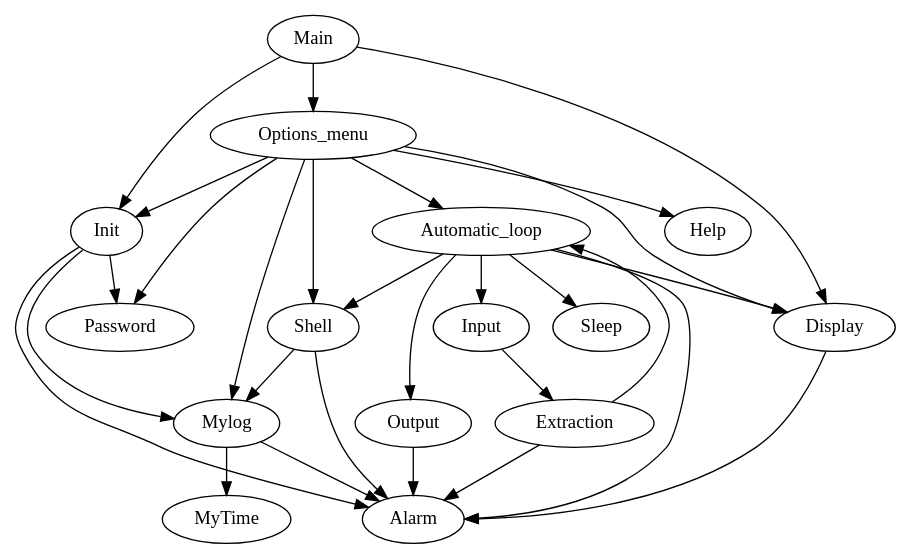
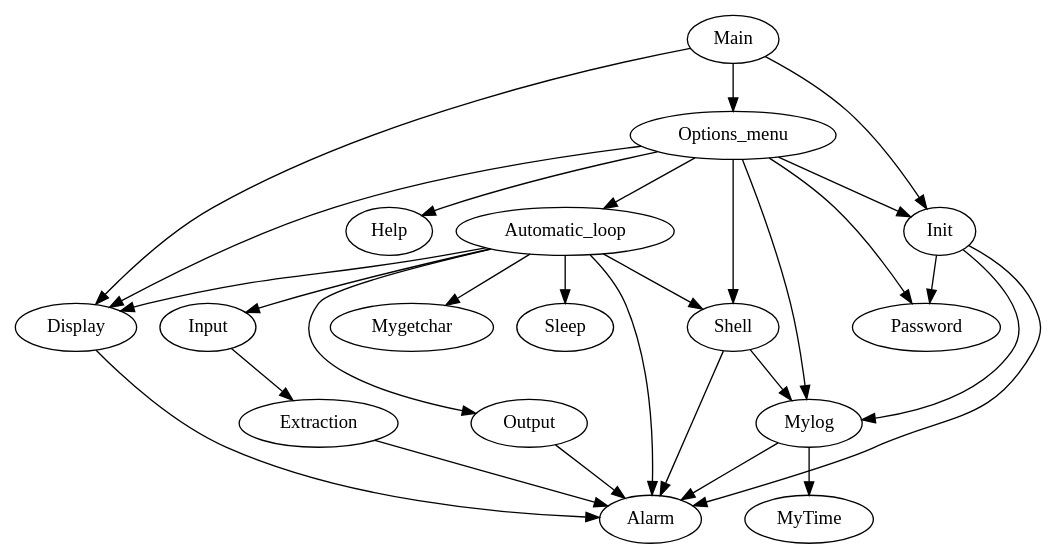
Before and after one commit to open-fire-alarm/open-fire-alarm: the diagram in graph/graph.gv, drawn with Graphviz.

Commit message:
mise a jour du graph

```diff
--- a/graph/graph.gv
+++ b/graph/graph.gv
@@ -1,29 +1,30 @@
 digraph G
 {
 	Alarm;
 	Automatic_loop;
 	Display;
 	Extraction;
 	Help;
 	Init;
 	Input;
 	Main;
+	Mygetchar;
 	Mylog;
 	MyTime;
 	Options_menu;
 	Output;
 	Password;
 	Shell;
 	Sleep;
 
-	Automatic_loop -> {Shell; Display; Input; Alarm; Output; Sleep;}
+	Automatic_loop -> {Shell; Display; Input; Alarm; Output; Sleep; Mygetchar;}
 	Display -> Alarm;
-	Extraction -> {Alarm; Automatic_loop;}
+	Extraction -> Alarm;
 	Init -> {Alarm; Password; Mylog;}
 	Input -> Extraction
 	Main -> {Init; Display; Options_menu;}
 	Mylog -> {MyTime; Alarm;}
 	Options_menu -> {Password; Shell; Display; Automatic_loop; Init; Mylog; Help;}
 	Output -> Alarm;
 	Shell -> {Alarm; Mylog;}
 }
```
